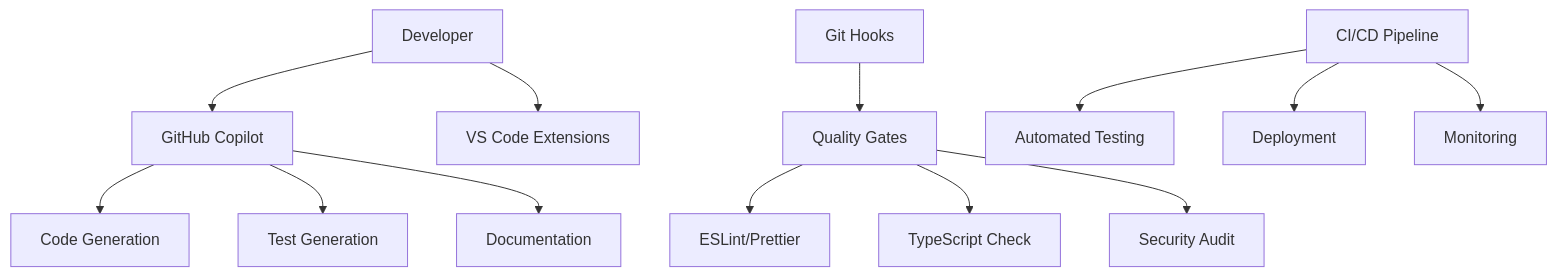
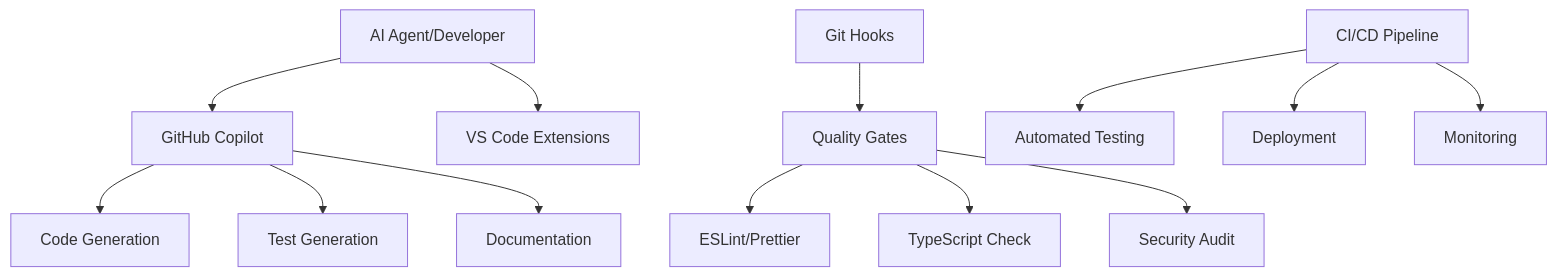
The diagram in AGENTS.md (karol-preiskorn/3d-inventory-api), drawn with Mermaid before and after one commit. The commit also changed other lines of this file and 40 other files, not shown here.

````diff
--- a/AGENTS.md
+++ b/AGENTS.md
@@ -25,15 +41,15 @@
 ```mermaid
 graph TD
-    A[Developer] --> B[GitHub Copilot]
-    A --> C[VS Code Extensions]
-    B --> D[Code Generation]
-    B --> E[Test Generation]
-    B --> F[Documentation]
-    G[Git Hooks] --> H[Quality Gates]
-    H --> I[ESLint/Prettier]
-    H --> J[TypeScript Check]
-    H --> K[Security Audit]
-    L[CI/CD Pipeline] --> M[Automated Testing]
-    L --> N[Deployment]
-    L --> O[Monitoring]
+  A[AI Agent/Developer] --> B[GitHub Copilot]
+  A --> C[VS Code Extensions]
+  B --> D[Code Generation]
+  B --> E[Test Generation]
+  B --> F[Documentation]
+  G[Git Hooks] --> H[Quality Gates]
+  H --> I[ESLint/Prettier]
+  H --> J[TypeScript Check]
+  H --> K[Security Audit]
+  L[CI/CD Pipeline] --> M[Automated Testing]
+  L --> N[Deployment]
+  L --> O[Monitoring]
 ```
````
